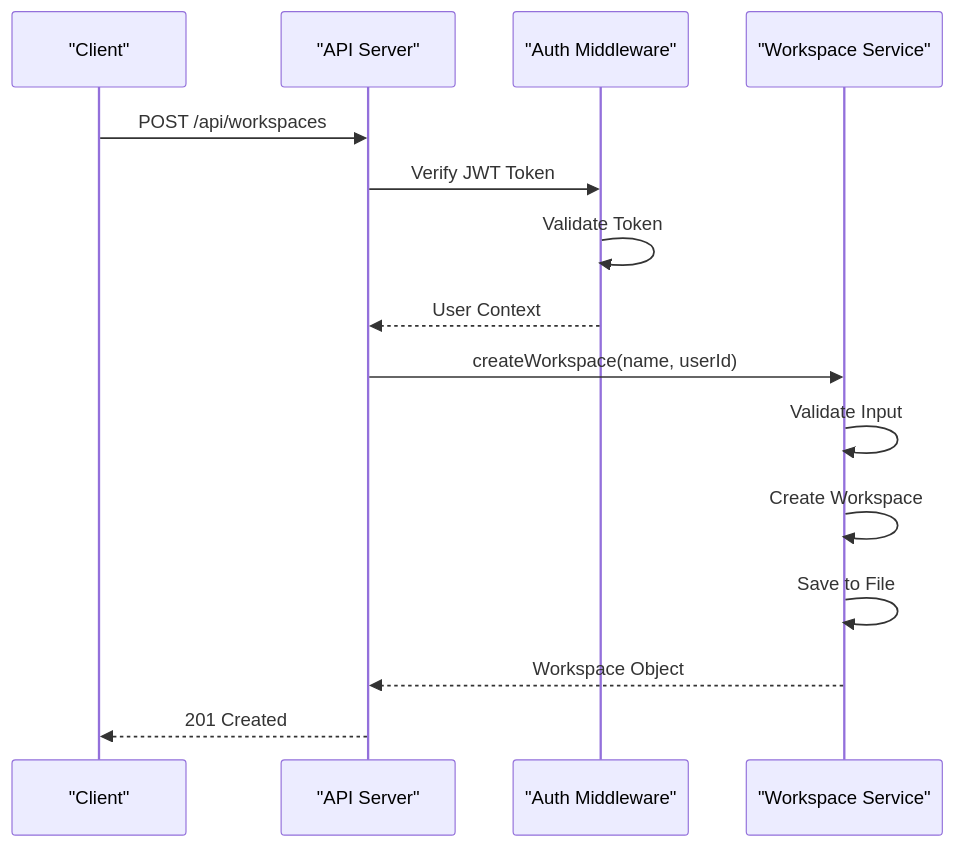
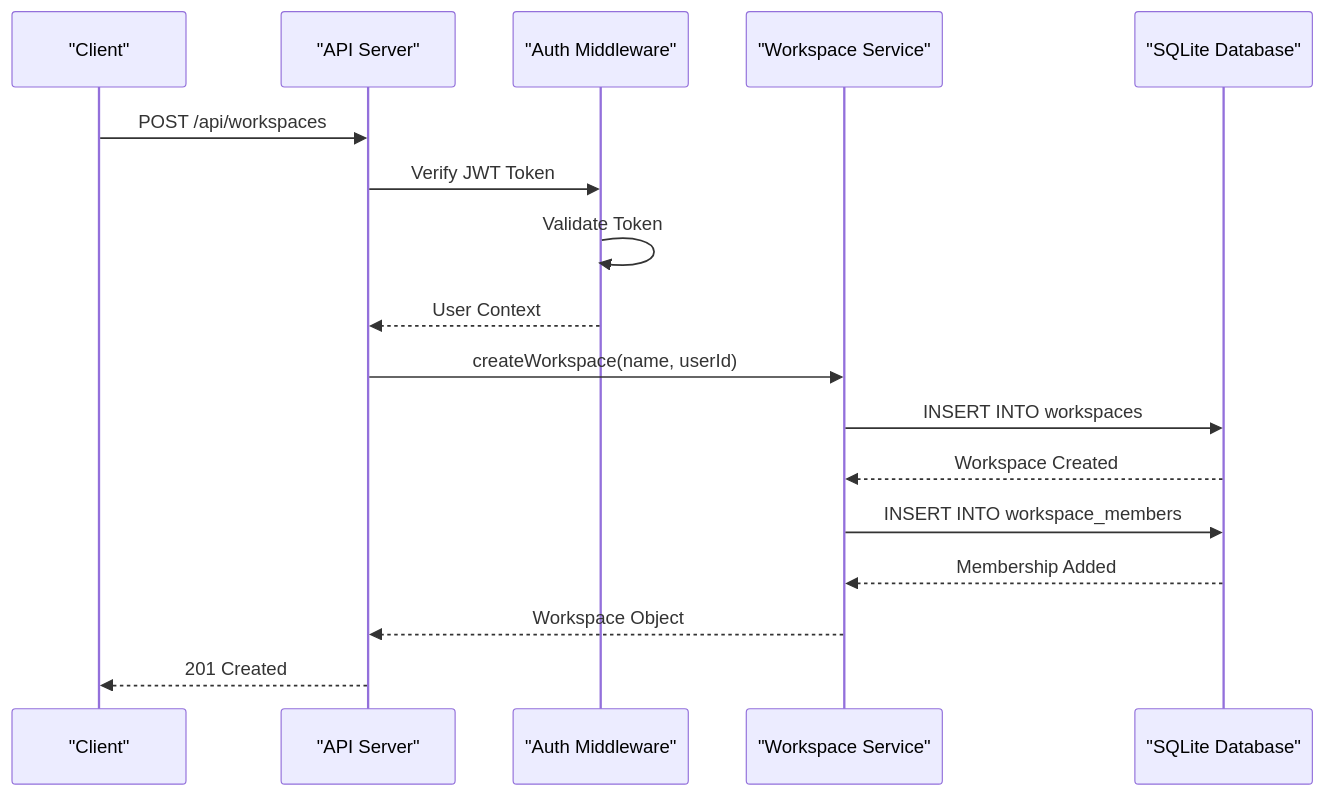
Before and after one commit to RunTimeAdmin/tri-ai: the sixth of 8 diagrams in .qoder/repowiki/en/content/Frontend Application/Workspace Management.md, drawn with Mermaid. The commit also changed other lines of this file and 40 other files, not shown here.

````diff
--- a/.qoder/repowiki/en/content/Frontend Application/Workspace Management.md
+++ b/.qoder/repowiki/en/content/Frontend Application/Workspace Management.md
@@ -256,17 +276,19 @@
 ```mermaid
 sequenceDiagram
 participant Client as "Client"
 participant API as "API Server"
 participant Auth as "Auth Middleware"
 participant WS as "Workspace Service"
+participant DB as "SQLite Database"
 Client->>API : POST /api/workspaces
 API->>Auth : Verify JWT Token
 Auth->>Auth : Validate Token
 Auth-->>API : User Context
 API->>WS : createWorkspace(name, userId)
-WS->>WS : Validate Input
-WS->>WS : Create Workspace
-WS->>WS : Save to File
+WS->>DB : INSERT INTO workspaces
+DB-->>WS : Workspace Created
+WS->>DB : INSERT INTO workspace_members
+DB-->>WS : Membership Added
 WS-->>API : Workspace Object
 API-->>Client : 201 Created
 ```
````
